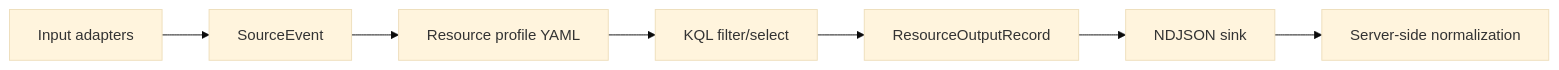
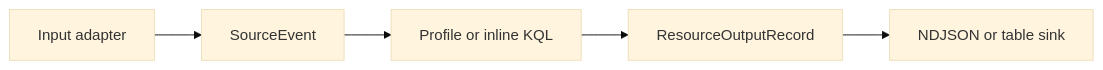
The first of 2 diagrams in docs/ARCHITECTURE.md (DeltaZulu-OU/DeltaZulu.Agent), drawn with Mermaid (base theme) before and after one commit. The commit also changed other lines of this file and 6 other files, not shown here.

````diff
--- a/docs/ARCHITECTURE.md
+++ b/docs/ARCHITECTURE.md
@@ -15,9 +51,7 @@
 ```mermaid
 flowchart LR
-    A[Input adapters] --> B[SourceEvent]
-    B --> C[Resource profile YAML]
-    C --> D[KQL filter/select]
-    D --> E[ResourceOutputRecord]
-    E --> F[NDJSON sink]
-    F --> G[Server-side normalization]
+    A[Input adapter] --> B[SourceEvent]
+    B --> C[Profile or inline KQL]
+    C --> D[ResourceOutputRecord]
+    D --> E[NDJSON or table sink]
 ```
````
